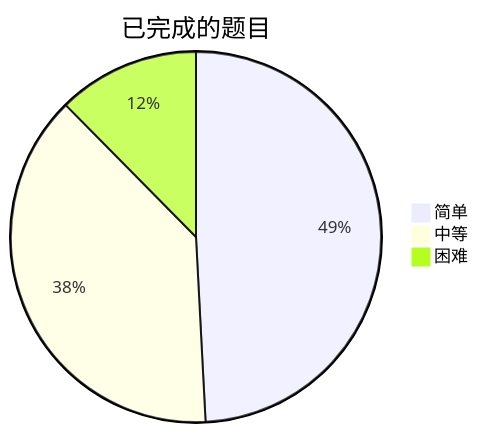
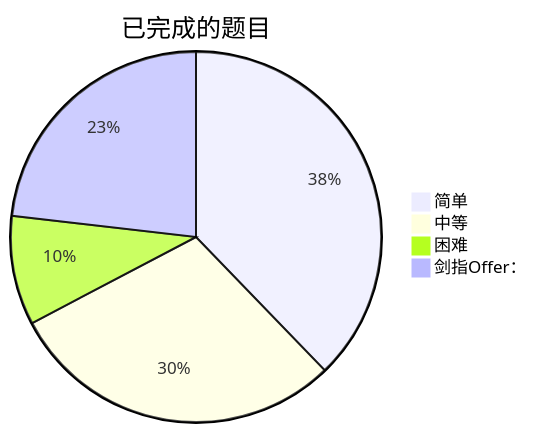
The diagram in README.md (kaisa911/LeetCode), drawn with Mermaid before and after one commit. The commit also changed other lines of this file and 79 other files, not shown here.

````diff
--- a/README.md
+++ b/README.md
@@ -8,7 +9,8 @@
 ```mermaid
 pie title 已完成的题目
     "简单" : 119
     "中等" : 93
     "困难" : 30
+    "剑指Offer：" : 73
 
 ```
````
